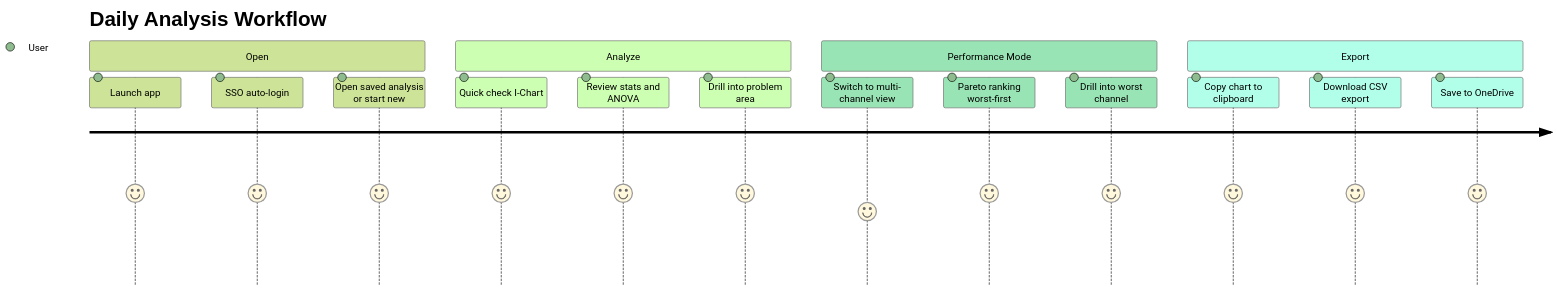
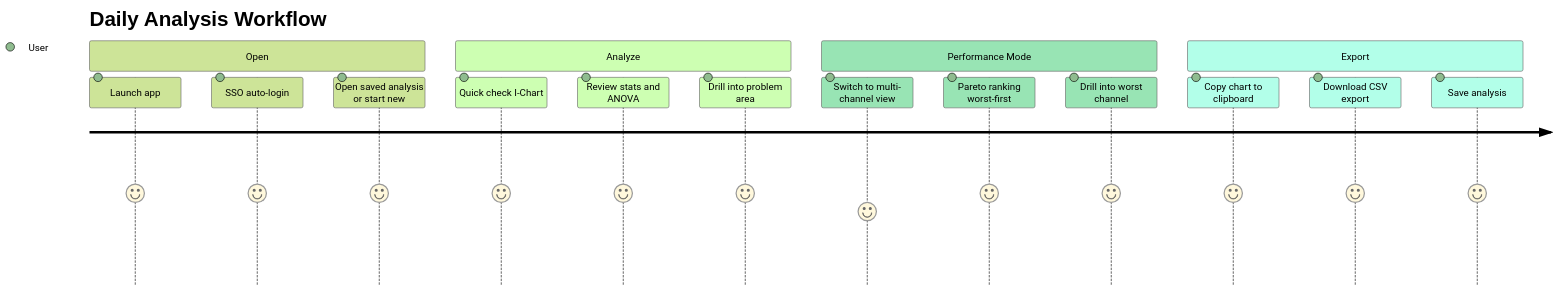
The second of 2 diagrams in docs/02-journeys/flows/azure-daily-use.md (jukka-matti/variscout), drawn with Mermaid (forest theme) before and after one commit. The commit also changed other lines of this file and 25 other files, not shown here.

````diff
--- a/docs/02-journeys/flows/azure-daily-use.md
+++ b/docs/02-journeys/flows/azure-daily-use.md
@@ -64,20 +64,20 @@
 ```mermaid
 journey
     title Daily Analysis Workflow
     section Open
       Launch app: 5: User
       SSO auto-login: 5: User
       Open saved analysis or start new: 5: User
     section Analyze
       Quick check I-Chart: 5: User
       Review stats and ANOVA: 5: User
       Drill into problem area: 5: User
     section Performance Mode
       Switch to multi-channel view: 4: User
       Pareto ranking worst-first: 5: User
       Drill into worst channel: 5: User
     section Export
       Copy chart to clipboard: 5: User
       Download CSV export: 5: User
-      Save to OneDrive: 5: User
+      Save analysis: 5: User
 ```
````
